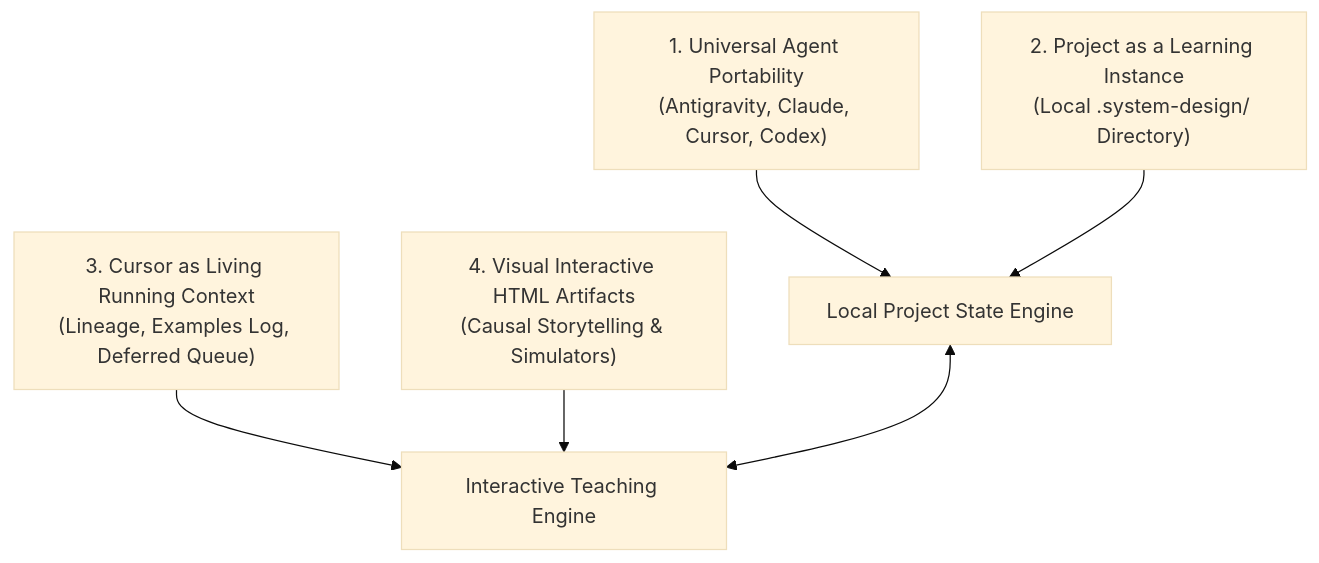
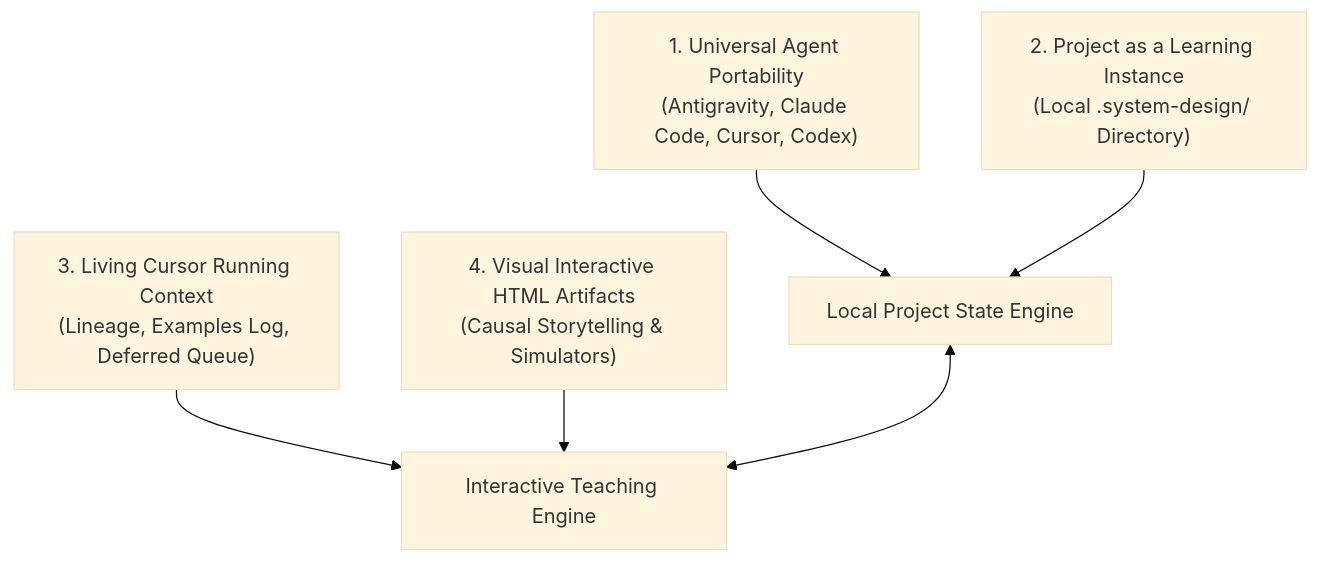
One commit to alph-a07/system-design-studio changed the diagram in README.md. Above: the diagram before and after it, drawn with Mermaid (base theme). The commit also changed other lines of this file and 10 other files, not shown here.

````diff
--- a/README.md
+++ b/README.md
@@ -24,9 +25,9 @@
 ```mermaid
 flowchart TD
-    P1["1. Universal Agent Portability<br/>(Antigravity, Claude, Cursor, Codex)"] --> SYNC["Local Project State Engine"]
+    P1["1. Universal Agent Portability<br/>(Antigravity, Claude Code, Cursor, Codex)"] --> SYNC["Local Project State Engine"]
     P2["2. Project as a Learning Instance<br/>(Local .system-design/ Directory)"] --> SYNC
-    P3["3. Cursor as Living Running Context<br/>(Lineage, Examples Log, Deferred Queue)"] --> TEACHING["Interactive Teaching Engine"]
+    P3["3. Living Cursor Running Context<br/>(Lineage, Examples Log, Deferred Queue)"] --> TEACHING["Interactive Teaching Engine"]
     P4["4. Visual Interactive HTML Artifacts<br/>(Causal Storytelling & Simulators)"] --> TEACHING
 
     SYNC <--> TEACHING
 ```
````
